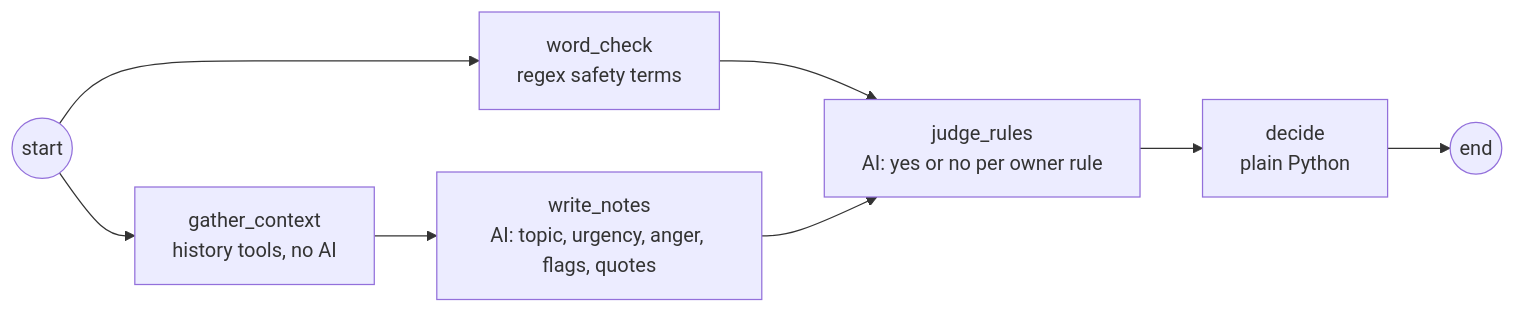
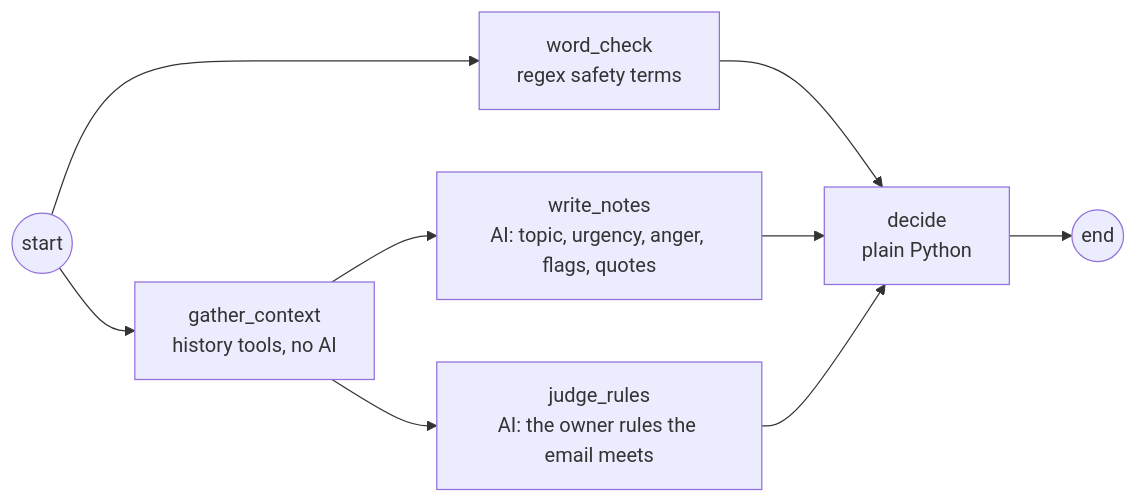
Before and after one commit to himanshu634/Herald: the second of 3 diagrams in docs/architecture.md, drawn with Mermaid. The commit also changed other lines of this file and 11 other files, not shown here.

````diff
--- a/docs/architecture.md
+++ b/docs/architecture.md
@@ -64,10 +64,11 @@
 ```mermaid
 flowchart LR
     S((start)) --> WC[word_check<br/>regex safety terms]
     S --> G[gather_context<br/>history tools, no AI]
     G --> N[write_notes<br/>AI: topic, urgency, anger, flags, quotes]
-    WC --> R[judge_rules<br/>AI: yes or no per owner rule]
-    N --> R
-    R --> D[decide<br/>plain Python]
+    G --> R[judge_rules<br/>AI: the owner rules the email meets]
+    WC --> D[decide<br/>plain Python]
+    N --> D
+    R --> D
     D --> E((end))
 ```
````
